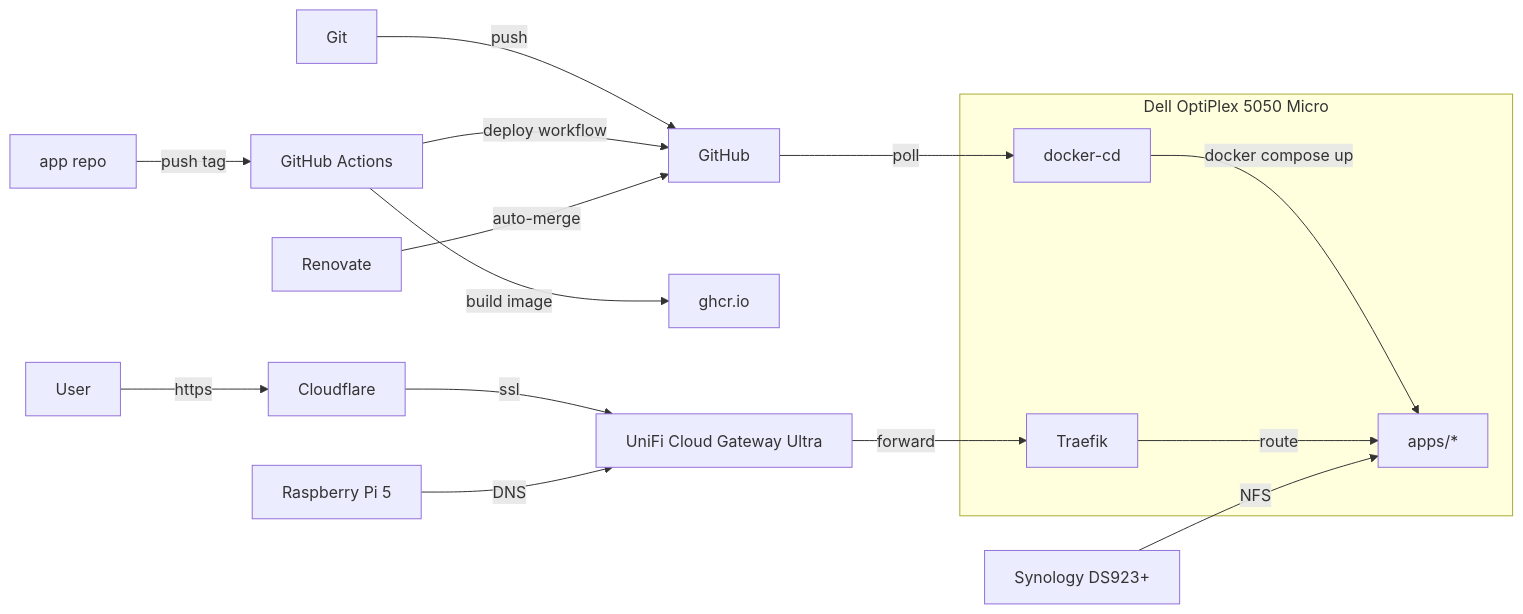
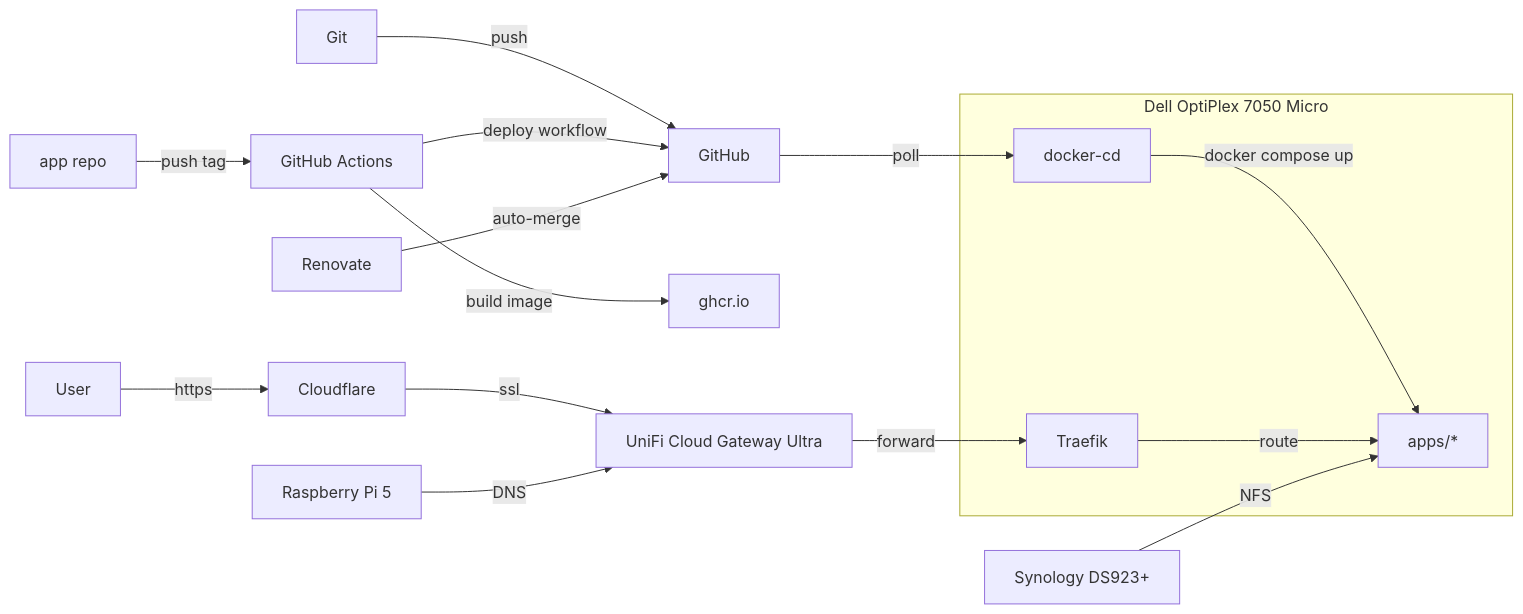
One commit to wajeht/home-ops changed the diagram in README.md. Above: the diagram before and after it, drawn with Mermaid. The commit also changed other lines of this file, not shown here.

Commit message:
docs: update homelab hardware details in README

````diff
--- a/README.md
+++ b/README.md
@@ -17,16 +17,16 @@
 ```mermaid
 flowchart LR
-    subgraph Dell[Dell OptiPlex 5050 Micro]
+    subgraph Dell[Dell OptiPlex 7050 Micro]
         docker-cd -->|docker compose up| Apps[apps/*]
         Traefik -->|route| Apps
     end
 
     Git -->|push| GitHub -->|poll| docker-cd
     AppRepo[app repo] -->|push tag| Actions[GitHub Actions]
     Actions -->|build image| GHCR[ghcr.io]
     Actions -->|deploy workflow| GitHub
     Renovate -->|auto-merge| GitHub
     User -->|https| Cloudflare -->|ssl| UniFi[UniFi Cloud Gateway Ultra] -->|forward| Traefik
     NAS[Synology DS923+] -->|NFS| Apps
     Pi[Raspberry Pi 5] -->|DNS| UniFi
 ```
````
